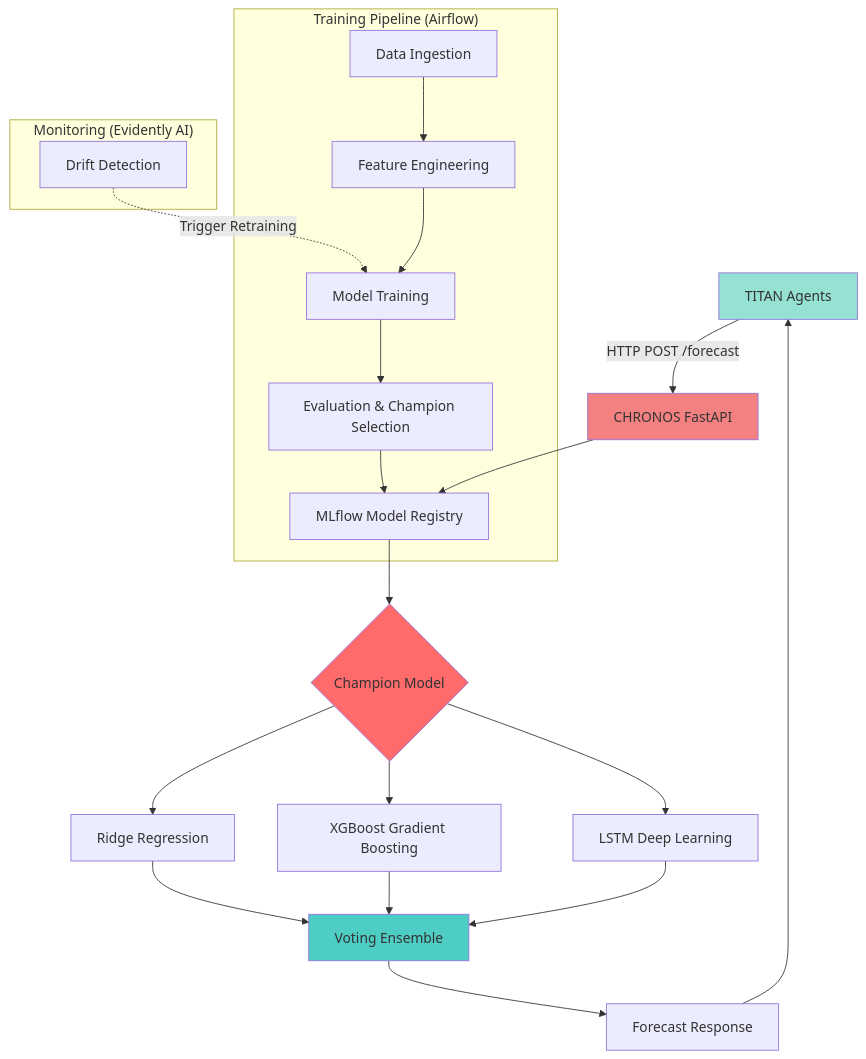
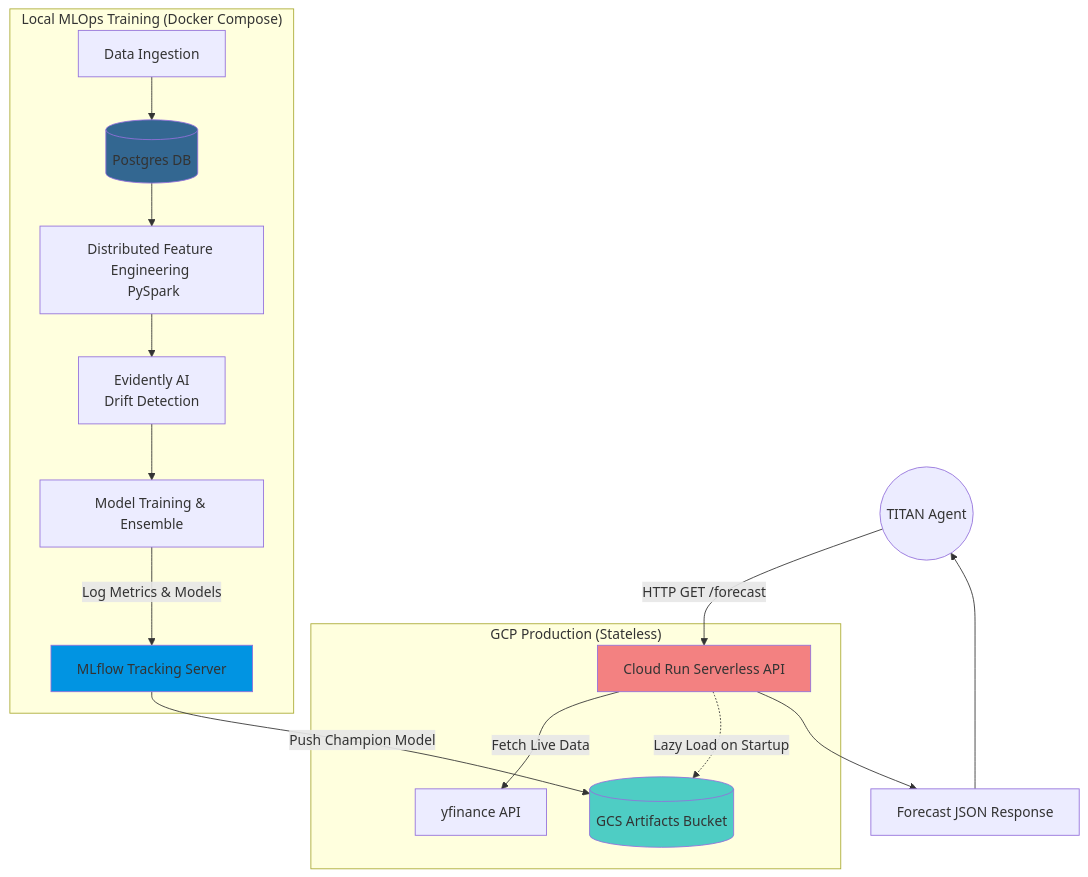
The diagram in README.md (rauldgarcia/CHRONOS), drawn with Mermaid before and after one commit. The commit also changed other lines of this file, not shown here.

Commit message:
docs: finalize portfolio README with Dual-Mode architecture and Quick Start guide

````diff
--- a/README.md
+++ b/README.md
@@ -29,34 +50,27 @@
 ```mermaid
 graph TD
-    TITAN[TITAN Agents] -->|HTTP POST /forecast| API[CHRONOS FastAPI]
-
-    API --> Registry[MLflow Model Registry]
-    Registry --> Champion{Champion Model}
-
-    Champion --> Ridge[Ridge Regression]
-    Champion --> XGBoost[XGBoost Gradient Boosting]
-    Champion --> LSTM[LSTM Deep Learning]
-
-    Ridge --> Ensemble[Voting Ensemble]
-    XGBoost --> Ensemble
-    LSTM --> Ensemble
-
-    Ensemble --> Prediction[Forecast Response]
-    Prediction --> TITAN
-
-    subgraph "Training Pipeline (Airflow)"
-        Ingest[Data Ingestion] --> Features[Feature Engineering]
-        Features --> Train[Model Training]
-        Train --> Eval[Evaluation & Champion Selection]
-        Eval --> Registry
+    user((TITAN Agent)) -->|HTTP GET /forecast| API[Cloud Run Serverless API]
+    
+    subgraph "GCP Production (Stateless)"
+        API -->|Fetch Live Data| YF[yfinance API]
+        API -.->|Lazy Load on Startup| GCS[(GCS Artifacts Bucket)]
     end
 
-    subgraph "Monitoring (Evidently AI)"
-        Drift[Drift Detection] -.->|Trigger Retraining| Train
+    subgraph "Local MLOps Training (Docker Compose)"
+        Ingest[Data Ingestion] --> PG[(Postgres DB)]
+        PG --> Features[Distributed Feature Engineering <br> PySpark]
+        Features --> Eval[Evidently AI <br> Drift Detection]
+        Eval --> Train[Model Training & Ensemble]
+        
+        Train -->|Log Metrics & Models| MLF[MLflow Tracking Server]
+        MLF -->|Push Champion Model| GCS
     end
+    
+    API --> Prediction[Forecast JSON Response]
+    Prediction --> user
 
-    style Champion fill:#ff6b6b
-    style Ensemble fill:#4ecdc4
-    style TITAN fill:#95e1d3
     style API fill:#f38181
+    style GCS fill:#4ecdc4
+    style MLF fill:#0194E2
+    style PG fill:#336791
 ```
````
